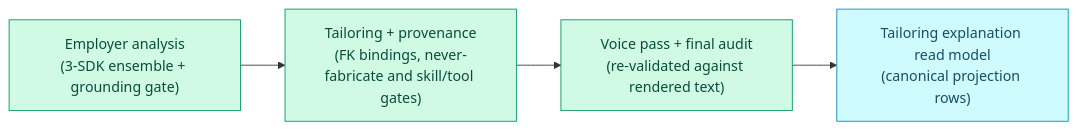
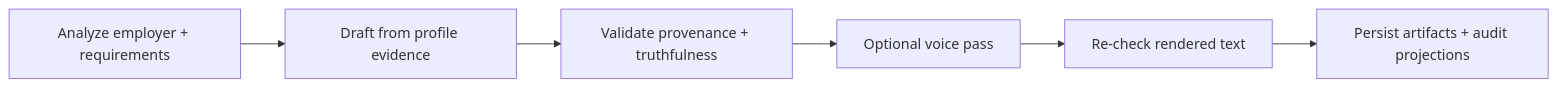
The diagram in docs/architecture/materials.md (ebarti/JobCtrl), drawn with Mermaid before and after one commit. The commit also changed other lines of this file and 46 other files, not shown here.

````diff
--- a/docs/architecture/materials.md
+++ b/docs/architecture/materials.md
@@ -11,11 +13,11 @@
 ```mermaid
 flowchart LR
-    EA["Employer analysis<br/>(3-SDK ensemble + grounding gate)"] --> PROV["Tailoring + provenance<br/>(FK bindings, never-fabricate and skill/tool gates)"]
-    PROV --> VOICE["Voice pass + final audit<br/>(re-validated against rendered text)"]
-    VOICE --> READ["Tailoring explanation read model<br/>(canonical projection rows)"]
+    ANALYZE["Analyze employer + requirements"] --> DRAFT["Draft from profile evidence"]
+    DRAFT --> GATES["Validate provenance + truthfulness"]
+    GATES --> VOICE["Optional voice pass"]
+    VOICE --> AUDIT["Re-check rendered text"]
+    AUDIT --> READ["Persist artifacts + audit projections"]
 
-    classDef py fill:#d1fae5,stroke:#059669,color:#064e3b
-    classDef store fill:#cffafe,stroke:#0891b2,color:#164e63
-    class EA,PROV,VOICE py
+    class ANALYZE,DRAFT,GATES,VOICE,AUDIT py
     class READ store
 ```
````
